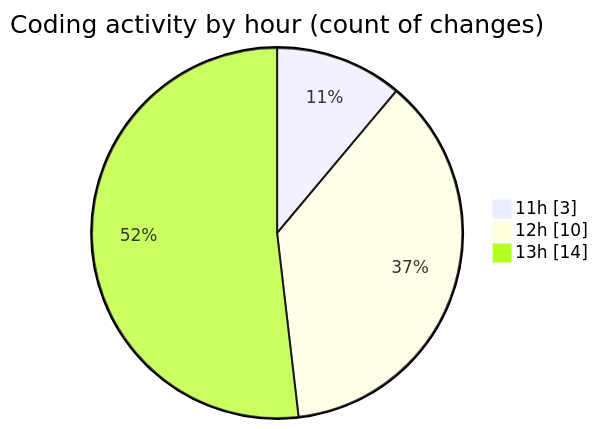
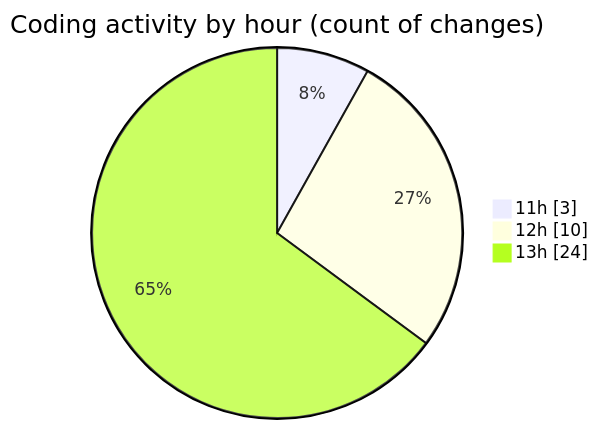
One commit to nxtqubesakshisongat/code-tracking changed the second of 2 diagrams in 2025-09-09/nxtqube_webapp/README.md. Above: the diagram before and after it, drawn with Mermaid. The commit also changed other lines of this file and 1 other file, not shown here.

````diff
--- a/2025-09-09/nxtqube_webapp/README.md
+++ b/2025-09-09/nxtqube_webapp/README.md
@@ -30,7 +30,7 @@
 ```mermaid
 pie showData
 title Coding activity by hour (count of changes)
 "11h" : 3
 "12h" : 10
-"13h" : 14
+"13h" : 24
 ```
````
